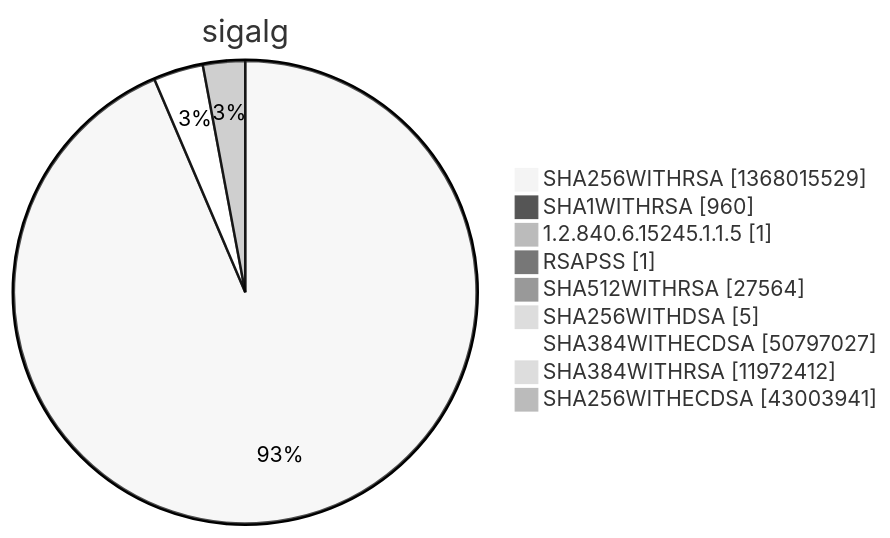
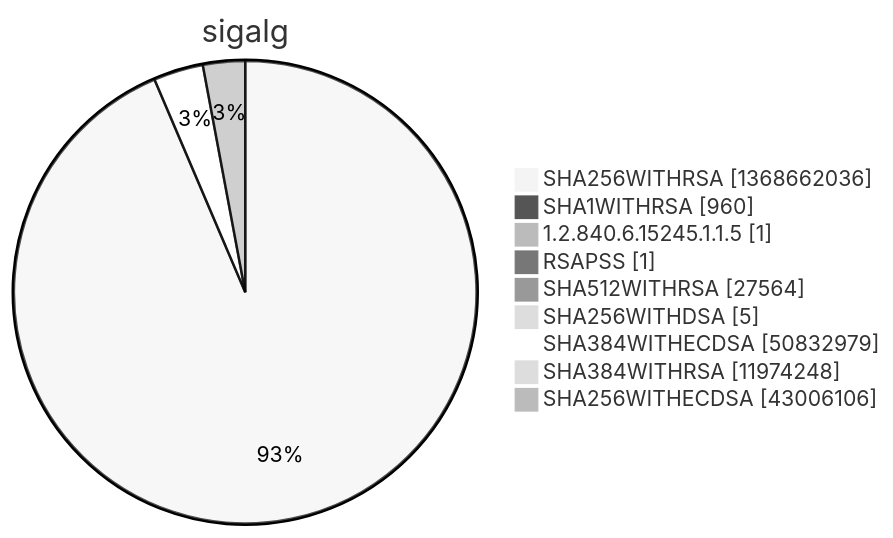
One commit to christiankrug/ctmonitor_visualization changed diagram 15 of 15 in argon2022/README.md. Above: the diagram before and after it, drawn with Mermaid (neutral theme). The commit also changed other lines of this file, not shown here.

````diff
--- a/argon2022/README.md
+++ b/argon2022/README.md
@@ -5524,13 +5524,13 @@
 ```mermaid
 pie showData
 title sigalg
-"SHA256WITHRSA" :1368015529
+"SHA256WITHRSA" :1368662036
 "SHA1WITHRSA" :960
 "1.2.840.6.15245.1.1.5" :1
 "RSAPSS" :1
 "SHA512WITHRSA" :27564
 "SHA256WITHDSA" :5
-"SHA384WITHECDSA" :50797027
-"SHA384WITHRSA" :11972412
-"SHA256WITHECDSA" :43003941
+"SHA384WITHECDSA" :50832979
+"SHA384WITHRSA" :11974248
+"SHA256WITHECDSA" :43006106
 ```
````
